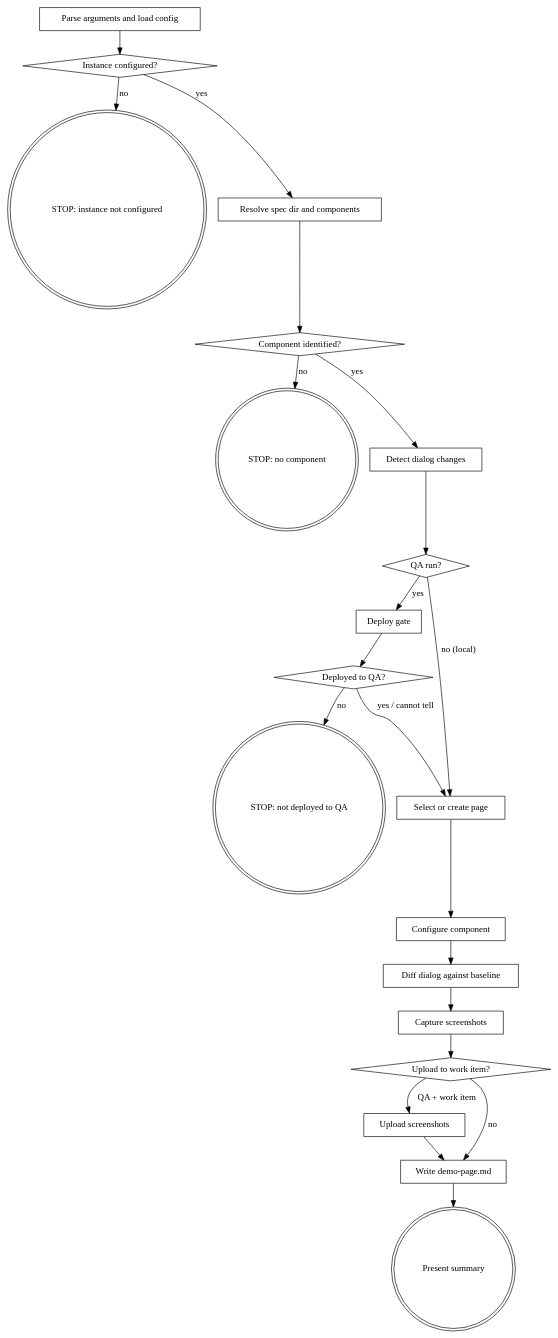
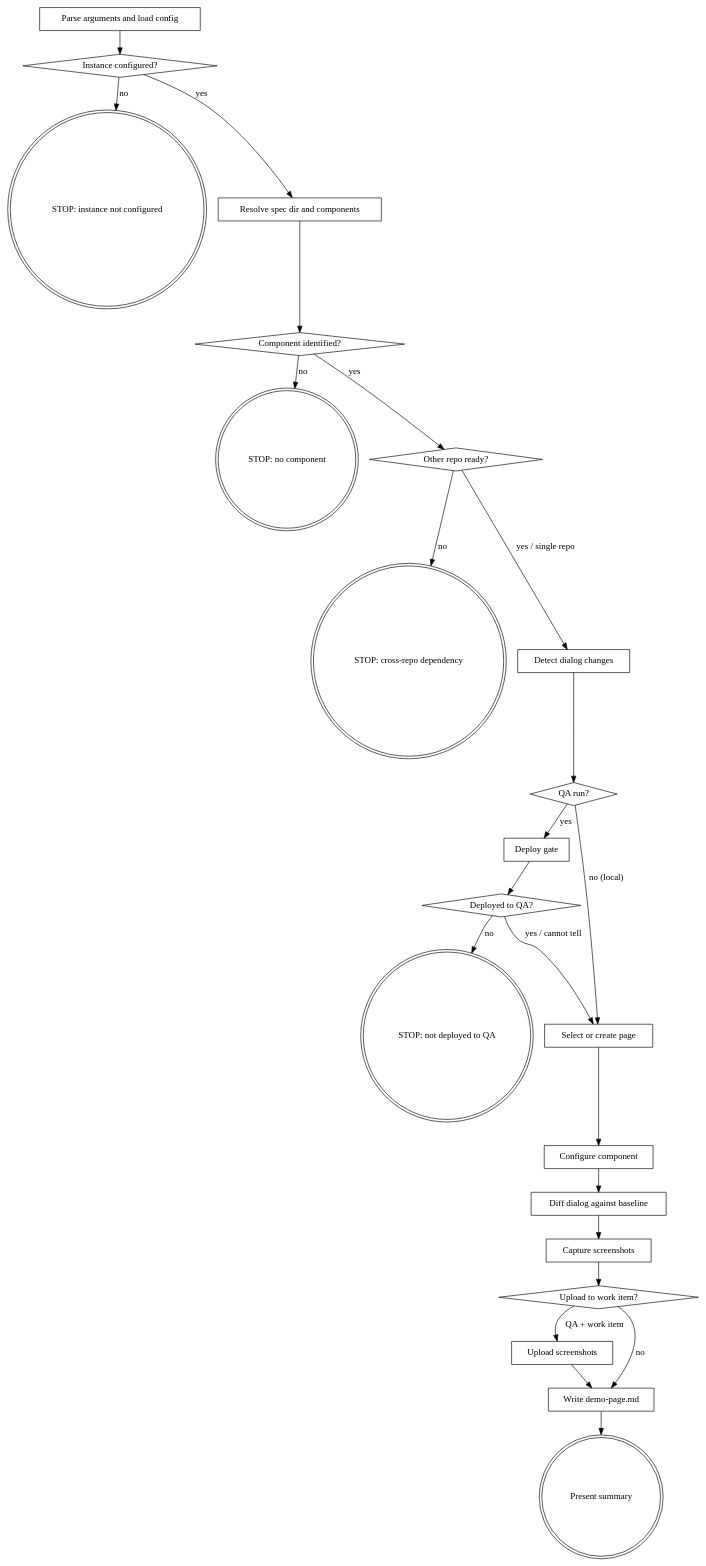
Before and after one commit to easingthemes/dx-aem-flow: the diagram in plugins/dx-aem/skills/aem-demo-page/SKILL.md, drawn with Graphviz. The commit also changed other lines of this file and 21 other files, not shown here.

First line of the commit message:
feat: restore cross-repo guard and document the v7 post-merge migration

````diff
--- a/plugins/dx-aem/skills/aem-demo-page/SKILL.md
+++ b/plugins/dx-aem/skills/aem-demo-page/SKILL.md
@@ -19,44 +19,48 @@
 ```dot
 digraph aem_demo_page {
     "Parse arguments and load config" [shape=box];
     "Instance configured?" [shape=diamond];
     "STOP: instance not configured" [shape=doublecircle];
     "Resolve spec dir and components" [shape=box];
     "Component identified?" [shape=diamond];
     "STOP: no component" [shape=doublecircle];
+    "Other repo ready?" [shape=diamond];
+    "STOP: cross-repo dependency" [shape=doublecircle];
     "Detect dialog changes" [shape=box];
     "QA run?" [shape=diamond];
     "Deploy gate" [shape=box];
     "Deployed to QA?" [shape=diamond];
     "STOP: not deployed to QA" [shape=doublecircle];
     "Select or create page" [shape=box];
     "Configure component" [shape=box];
     "Diff dialog against baseline" [shape=box];
     "Capture screenshots" [shape=box];
     "Upload to work item?" [shape=diamond];
     "Upload screenshots" [shape=box];
     "Write demo-page.md" [shape=box];
     "Present summary" [shape=doublecircle];
 
     "Parse arguments and load config" -> "Instance configured?";
     "Instance configured?" -> "STOP: instance not configured" [label="no"];
     "Instance configured?" -> "Resolve spec dir and components" [label="yes"];
     "Resolve spec dir and components" -> "Component identified?";
     "Component identified?" -> "STOP: no component" [label="no"];
-    "Component identified?" -> "Detect dialog changes" [label="yes"];
+    "Component identified?" -> "Other repo ready?" [label="yes"];
+    "Other repo ready?" -> "STOP: cross-repo dependency" [label="no"];
+    "Other repo ready?" -> "Detect dialog changes" [label="yes / single repo"];
     "Detect dialog changes" -> "QA run?";
     "QA run?" -> "Deploy gate" [label="yes"];
     "QA run?" -> "Select or create page" [label="no (local)"];
     "Deploy gate" -> "Deployed to QA?";
     "Deployed to QA?" -> "STOP: not deployed to QA" [label="no"];
     "Deployed to QA?" -> "Select or create page" [label="yes / cannot tell"];
     "Select or create page" -> "Configure component";
     "Configure component" -> "Diff dialog against baseline";
     "Diff dialog against baseline" -> "Capture screenshots";
     "Capture screenshots" -> "Upload to work item?";
     "Upload to work item?" -> "Upload screenshots" [label="QA + work item"];
     "Upload to work item?" -> "Write demo-page.md" [label="no"];
     "Upload screenshots" -> "Write demo-page.md";
     "Write demo-page.md" -> "Present summary";
 }
 ```
````
